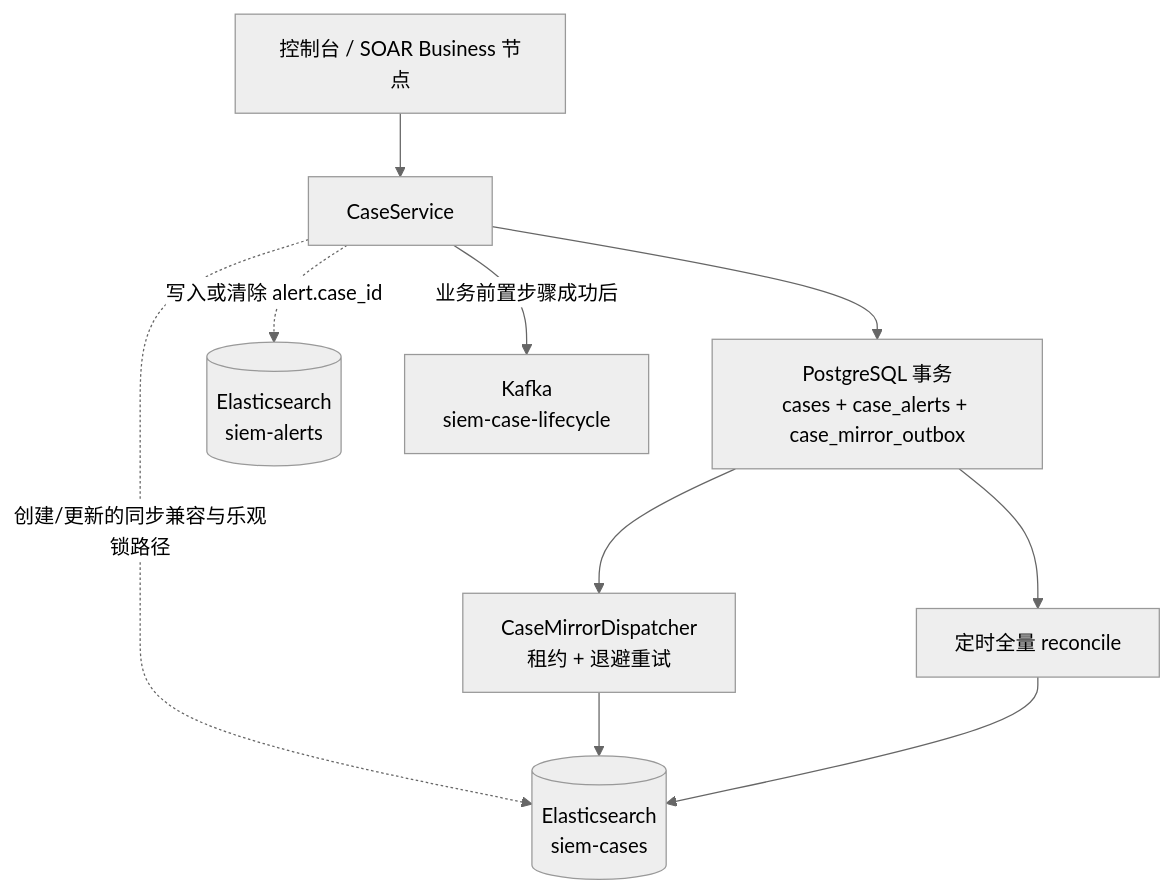
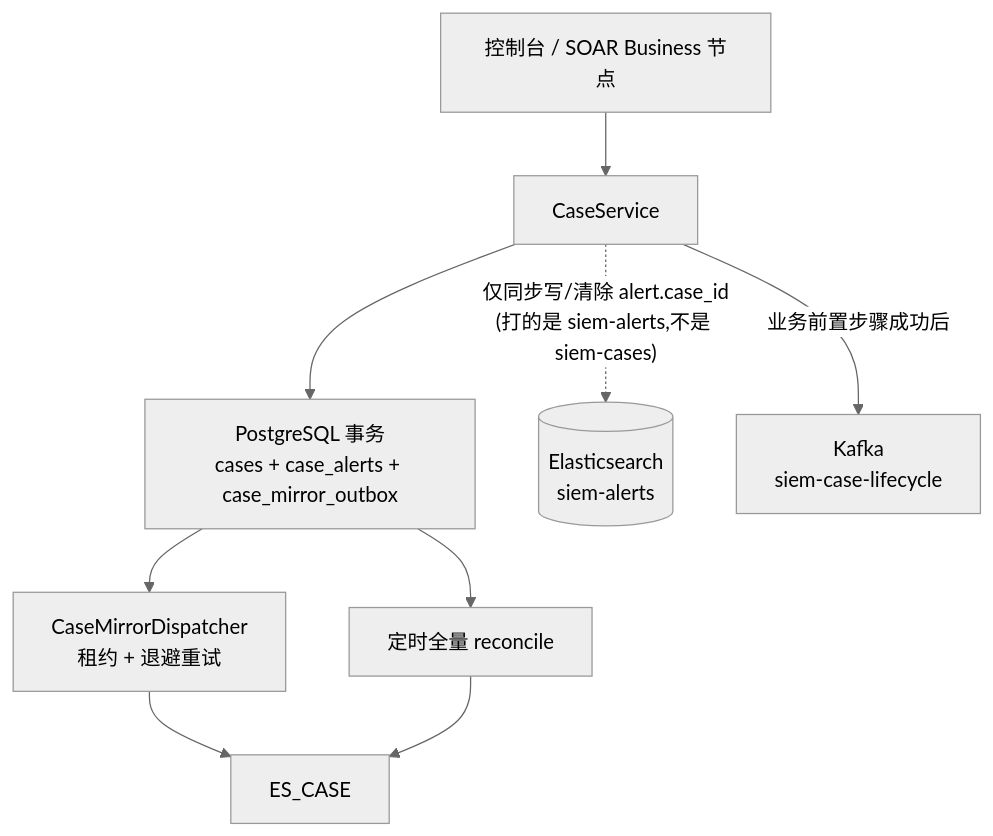
One commit to xsc683/HISIEM changed the third of 5 diagrams in docs/architecture.md. Above: the diagram before and after it, drawn with Mermaid (neutral theme). The commit also changed other lines of this file and 28 other files, not shown here.

````diff
--- a/docs/architecture.md
+++ b/docs/architecture.md
@@ -111,12 +112,11 @@
 ```mermaid
 flowchart TD
     UI["控制台 / SOAR Business 节点"] --> CASE["CaseService"]
     CASE --> PG_TX["PostgreSQL 事务<br/>cases + case_alerts + case_mirror_outbox"]
-    CASE -.->|"创建/更新的同步兼容与乐观锁路径"| ES_CASE[("Elasticsearch<br/>siem-cases")]
-    CASE -.->|"写入或清除 alert.case_id"| ES_ALERT[("Elasticsearch<br/>siem-alerts")]
+    CASE -.->|"仅同步写/清除 alert.case_id<br/>(打的是 siem-alerts,不是 siem-cases)"| ES_ALERT[("Elasticsearch<br/>siem-alerts")]
     PG_TX --> OUTBOX["CaseMirrorDispatcher<br/>租约 + 退避重试"]
     OUTBOX --> ES_CASE
     PG_TX --> RECONCILE["定时全量 reconcile"]
     RECONCILE --> ES_CASE
     CASE -->|"业务前置步骤成功后"| CASE_LIFE["Kafka<br/>siem-case-lifecycle"]
 ```
````
